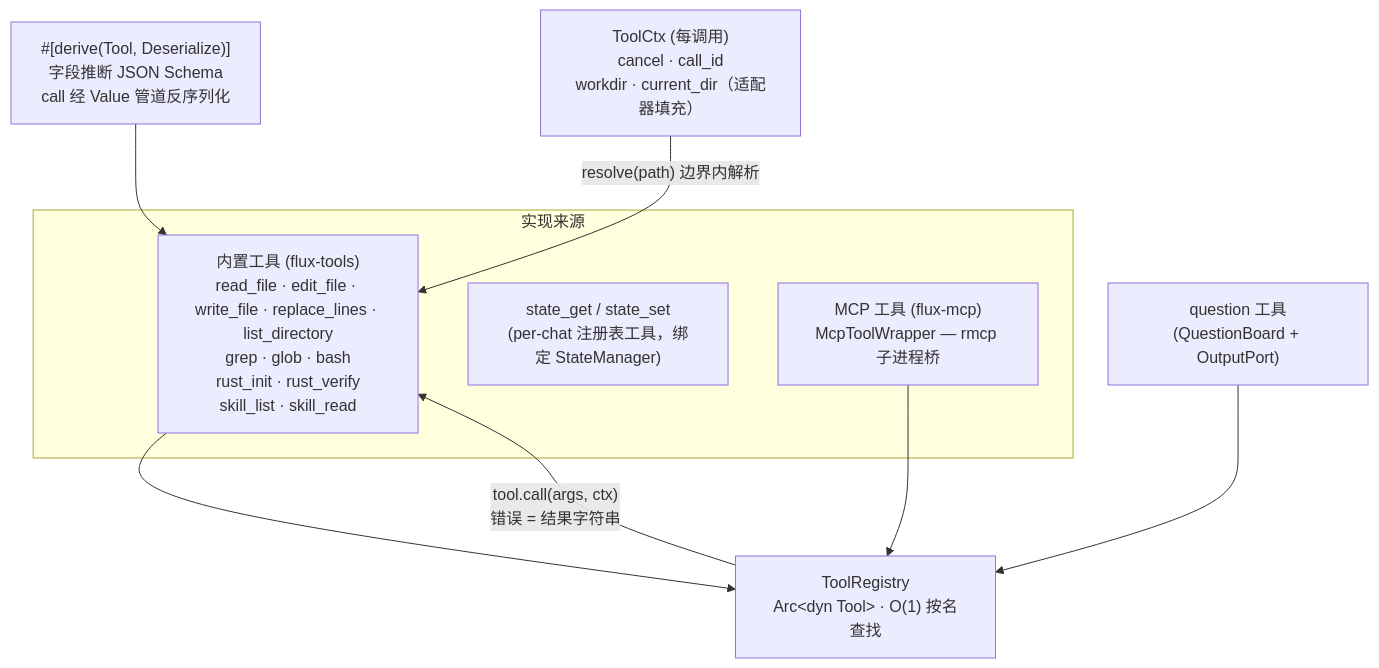
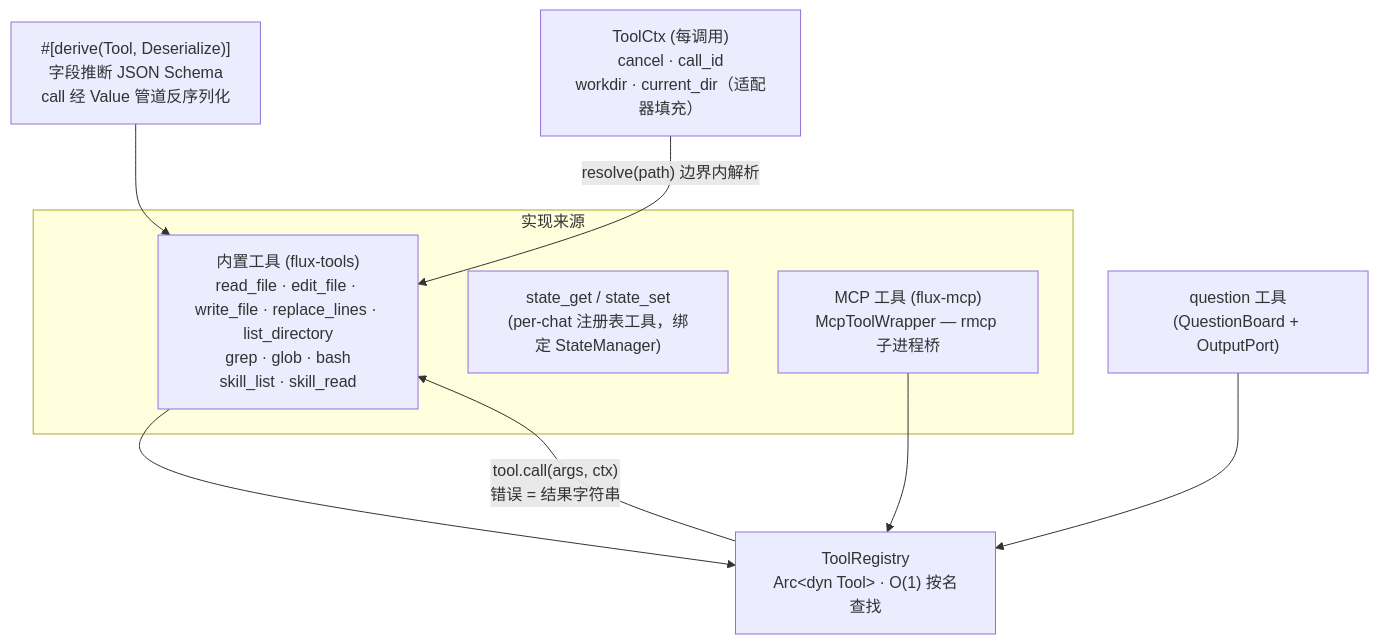
Before and after one commit to km0e/flux: the fifth of 8 diagrams in docs/architecture.md, drawn with Mermaid. The commit also changed other lines of this file and 167 other files, not shown here.

````diff
--- a/docs/architecture.md
+++ b/docs/architecture.md
@@ -233,18 +235,18 @@
 ```mermaid
 graph TB
  MACRO["#[derive(Tool, Deserialize)]<br/>字段推断 JSON Schema<br/>call 经 Value 管道反序列化"]
  subgraph IMPL["实现来源"]
- BUILTIN["内置工具 (flux-tools)<br/>read_file · edit_file · write_file · replace_lines · list_directory<br/>grep · glob · bash<br/>rust_init · rust_verify<br/>skill_list · skill_read"]
+ BUILTIN["内置工具 (flux-tools)<br/>read_file · edit_file · write_file · replace_lines · list_directory<br/>grep · glob · bash<br/>skill_list · skill_read"]
  STATE["state_get / state_set<br/>(per-chat 注册表工具，绑定 StateManager)"]
  MCPT["MCP 工具 (flux-mcp)<br/>McpToolWrapper — rmcp 子进程桥"]
  end
  REG["ToolRegistry<br/>Arc&lt;dyn Tool&gt; · O(1) 按名查找"]
  CTX["ToolCtx (每调用)<br/>cancel · call_id<br/>workdir · current_dir（适配器填充）"]
  MACRO --> BUILTIN
  BUILTIN --> REG
  QUESTION["question 工具<br/>(QuestionBoard + OutputPort)"]
  QUESTION --> REG
  MCPT --> REG
  REG -->|"tool.call(args, ctx)<br/>错误 = 结果字符串"| BUILTIN
  CTX -->|"resolve(path) 边界内解析"| BUILTIN
 ```
````
